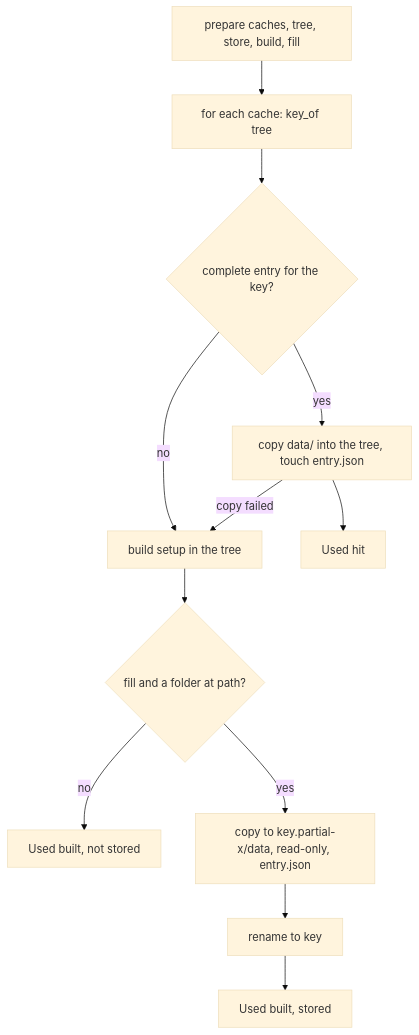
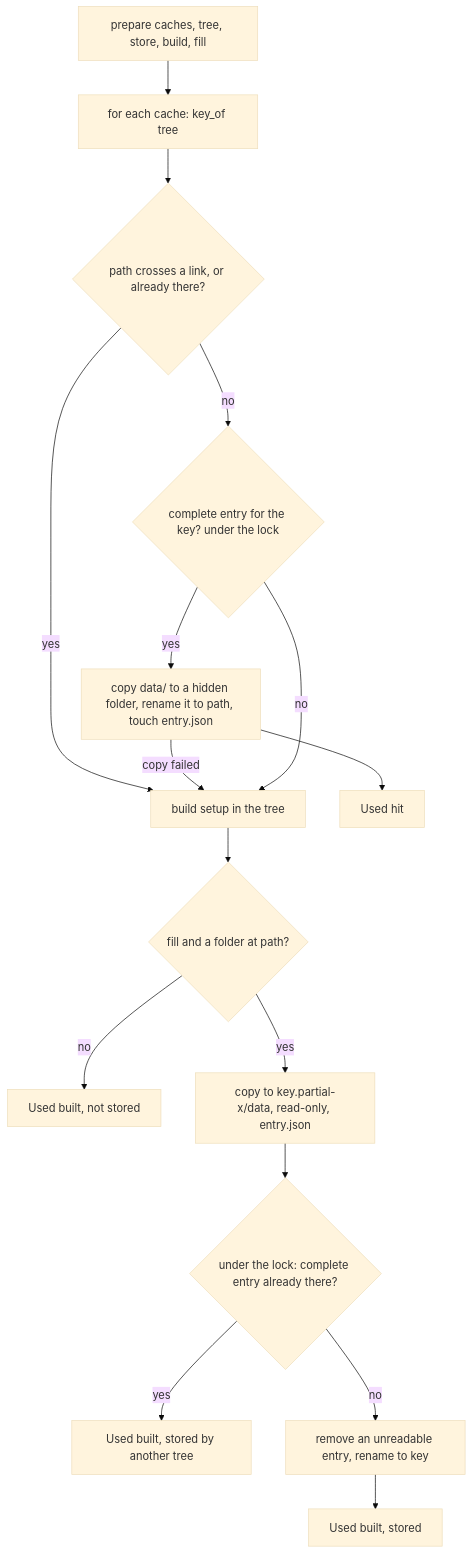
Before and after one commit to plaplanche/ariane: the first of 3 diagrams in docs/architecture/modules/cache.md, drawn with Mermaid (base theme). The commit also changed other lines of this file and 6 other files, not shown here.

````diff
--- a/docs/architecture/modules/cache.md
+++ b/docs/architecture/modules/cache.md
@@ -35,14 +38,18 @@
 ```mermaid
 flowchart TD
   A[prepare caches, tree, store, build, fill] --> B[for each cache: key_of tree]
-  B --> C{complete entry for the key?}
-  C -- yes --> D[copy data/ into the tree, touch entry.json]
+  B --> P{path crosses a link, or already there?}
+  P -- yes --> E
+  P -- no --> C{complete entry for the key? under the lock}
+  C -- yes --> D[copy data/ to a hidden folder, rename it to path, touch entry.json]
   D -- copy failed --> E
   D --> H[Used hit]
   C -- no --> E[build setup in the tree]
   E --> F{fill and a folder at path?}
   F -- no --> G[Used built, not stored]
   F -- yes --> I[copy to key.partial-x/data, read-only, entry.json]
-  I --> J[rename to key]
+  I --> L{under the lock: complete entry already there?}
+  L -- yes --> M[Used built, stored by another tree]
+  L -- no --> J[remove an unreadable entry, rename to key]
   J --> K[Used built, stored]
 ```
````
